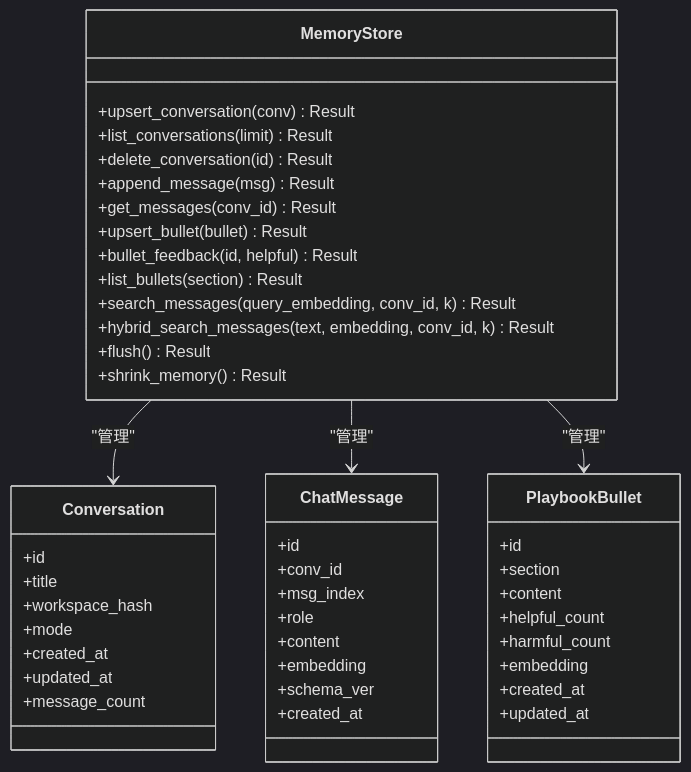
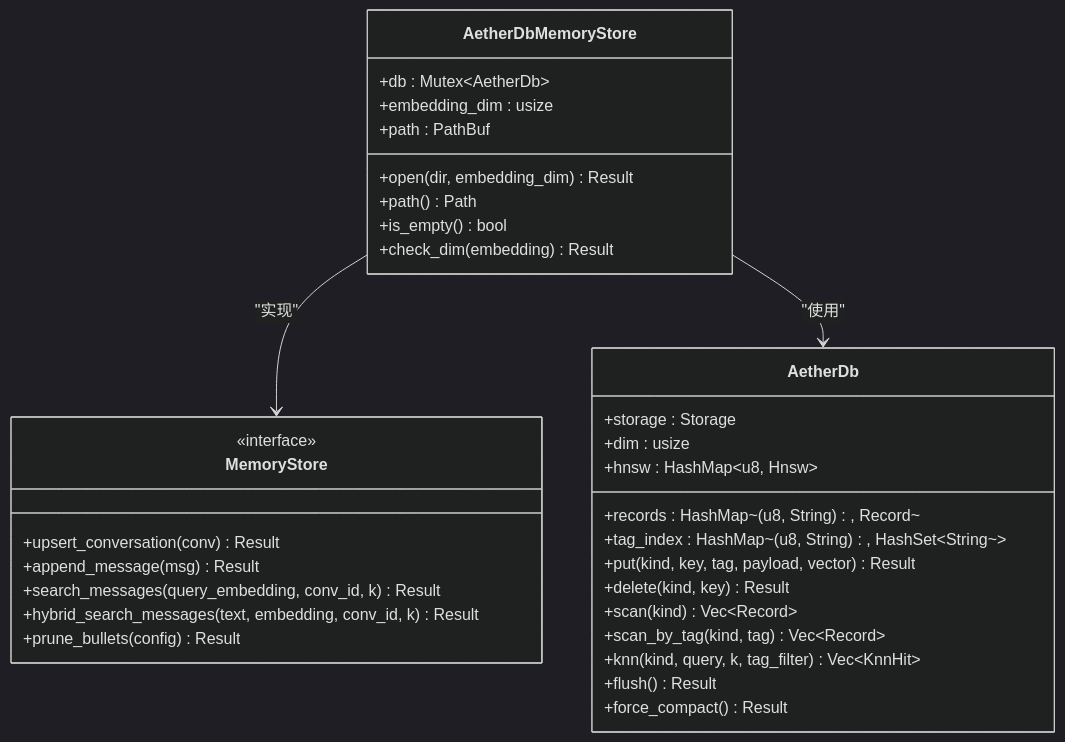
One commit to aetherstudio-cn/AetherStudio changed the sixth of 7 diagrams in .qoder/repowiki/zh/content/扩展系统/AI面板系统.md. Above: the diagram before and after it, drawn with Mermaid (dark theme). The commit also changed other lines of this file and 7 other files, not shown here.

````diff
--- a/.qoder/repowiki/zh/content/扩展系统/AI面板系统.md
+++ b/.qoder/repowiki/zh/content/扩展系统/AI面板系统.md
@@ -242,49 +272,36 @@
 ```mermaid
 classDiagram
+class AetherDbMemoryStore {
++db : Mutex~AetherDb~
++embedding_dim : usize
++path : PathBuf
++open(dir, embedding_dim) Result
++path() Path
++is_empty() bool
++check_dim(embedding) Result
+}
+class AetherDb {
++storage : Storage
++dim : usize
++records : HashMap~(u8, String), Record~
++tag_index : HashMap~(u8, String), HashSet~String~~
++hnsw : HashMap~u8, Hnsw~
++put(kind, key, tag, payload, vector) Result
++delete(kind, key) Result
++scan(kind) Vec~Record~
++scan_by_tag(kind, tag) Vec~Record~
++knn(kind, query, k, tag_filter) Vec~KnnHit~
++flush() Result
++force_compact() Result
+}
 class MemoryStore {
+<<interface>>
 +upsert_conversation(conv) Result
-+list_conversations(limit) Result
-+delete_conversation(id) Result
 +append_message(msg) Result
-+get_messages(conv_id) Result
-+upsert_bullet(bullet) Result
-+bullet_feedback(id, helpful) Result
-+list_bullets(section) Result
 +search_messages(query_embedding, conv_id, k) Result
 +hybrid_search_messages(text, embedding, conv_id, k) Result
-+flush() Result
-+shrink_memory() Result
++prune_bullets(config) Result
 }
-class Conversation {
-+id
-+title
-+workspace_hash
-+mode
-+created_at
-+updated_at
-+message_count
-}
-class ChatMessage {
-+id
-+conv_id
-+msg_index
-+role
-+content
-+embedding
-+schema_ver
-+created_at
-}
-class PlaybookBullet {
-+id
-+section
-+content
-+helpful_count
-+harmful_count
-+embedding
-+created_at
-+updated_at
-}
-MemoryStore --> Conversation : "管理"
-MemoryStore --> ChatMessage : "管理"
-MemoryStore --> PlaybookBullet : "管理"
+AetherDbMemoryStore --> MemoryStore : "实现"
+AetherDbMemoryStore --> AetherDb : "使用"
 ```
````
